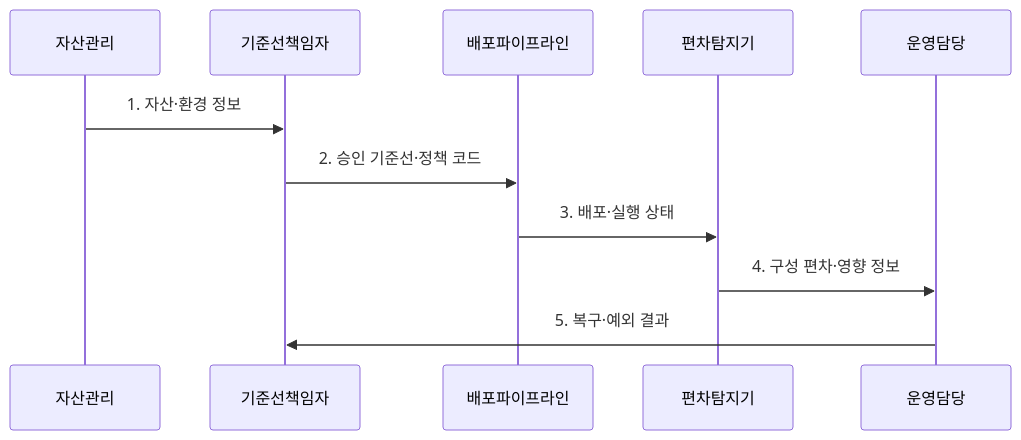
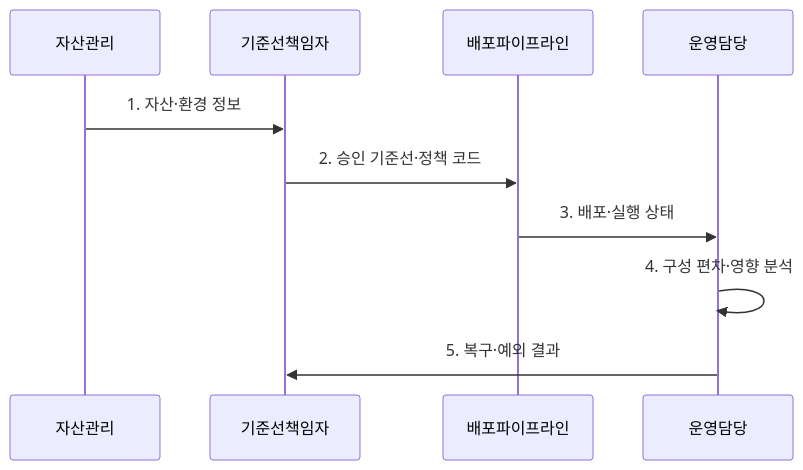
The second of 2 diagrams in src/content/docs/notes/05-security/044_security_configuration_management.md (agnusdei1207/knowledge-base), drawn with Mermaid before and after one commit. The commit also changed other lines of this file and 8 other files, not shown here.

````diff
--- a/src/content/docs/notes/05-security/044_security_configuration_management.md
+++ b/src/content/docs/notes/05-security/044_security_configuration_management.md
@@ -102,13 +102,12 @@
 ```mermaid
 sequenceDiagram
     participant 자산관리
     participant 기준선책임자
     participant 배포파이프라인
-    participant 편차탐지기
     participant 운영담당
     자산관리->>기준선책임자: 1. 자산·환경 정보
     기준선책임자->>배포파이프라인: 2. 승인 기준선·정책 코드
-    배포파이프라인->>편차탐지기: 3. 배포·실행 상태
-    편차탐지기->>운영담당: 4. 구성 편차·영향 정보
+    배포파이프라인->>운영담당: 3. 배포·실행 상태
+    운영담당->>운영담당: 4. 구성 편차·영향 분석
     운영담당->>기준선책임자: 5. 복구·예외 결과
 ```
````
